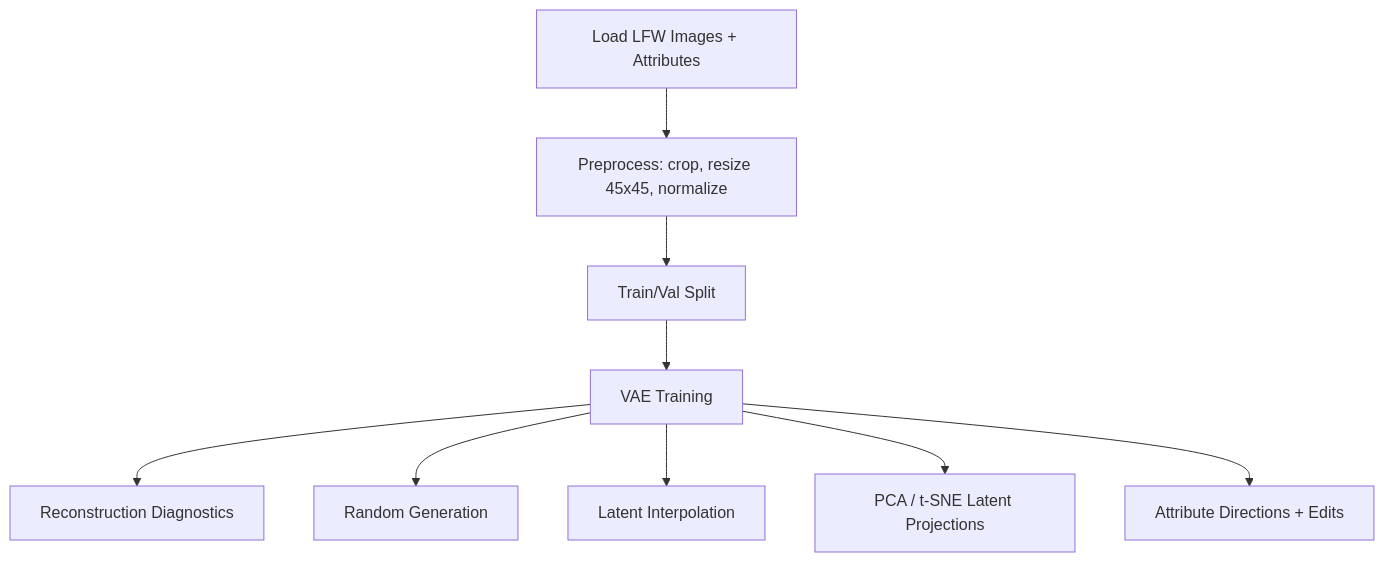
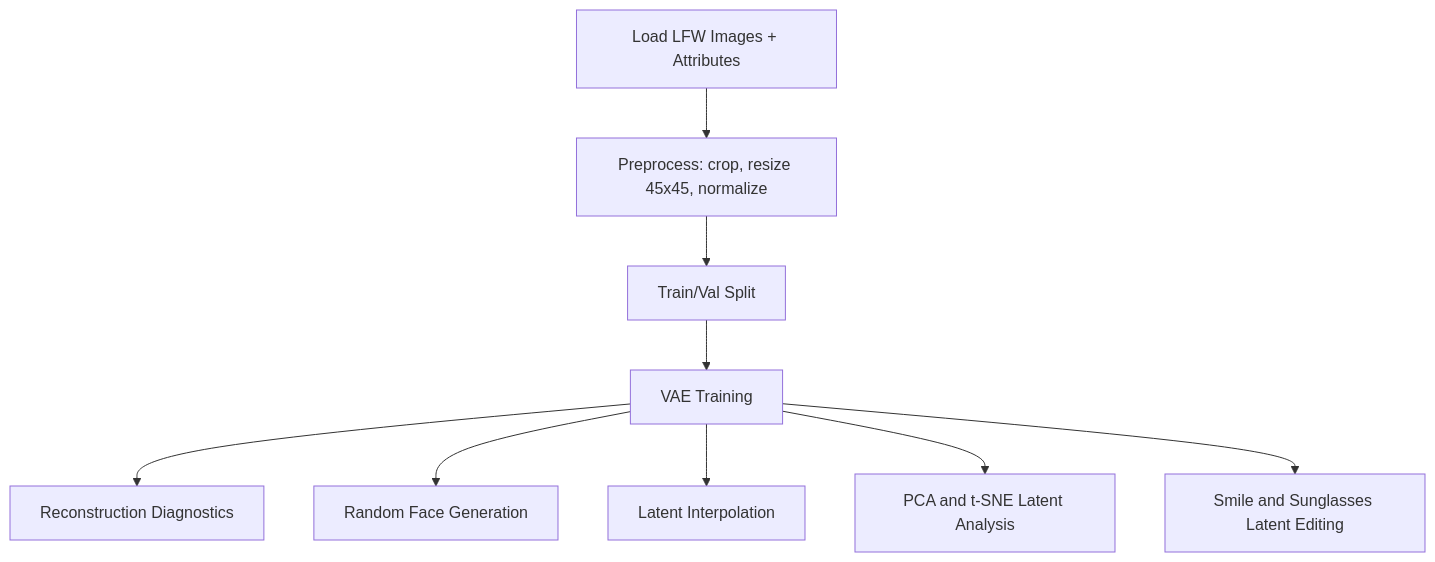
One commit to Seventie/LFW changed the diagram in README.md. Above: the diagram before and after it, drawn with Mermaid. The commit also changed other lines of this file, not shown here.

````diff
--- a/README.md
+++ b/README.md
@@ -27,11 +8,11 @@
 ```mermaid
 flowchart TD
   A[Load LFW Images + Attributes] --> B[Preprocess: crop, resize 45x45, normalize]
   B --> C[Train/Val Split]
   C --> D[VAE Training]
   D --> E[Reconstruction Diagnostics]
-  D --> F[Random Generation]
+  D --> F[Random Face Generation]
   D --> G[Latent Interpolation]
-  D --> H[PCA / t-SNE Latent Projections]
-  D --> I[Attribute Directions + Edits]
+  D --> H[PCA and t-SNE Latent Analysis]
+  D --> I[Smile and Sunglasses Latent Editing]
 ```
````
